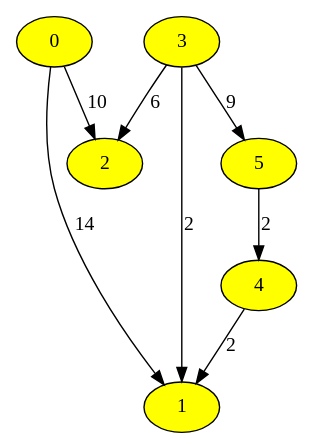
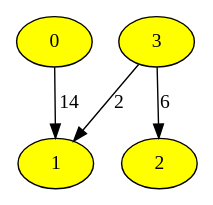
Before and after one commit to kraison/graph-utils: the diagram in data/bipartite.dot, drawn with Graphviz. The commit also changed 1 other file, not shown here.

```diff
--- a/data/bipartite.dot
+++ b/data/bipartite.dot
@@ -1,18 +1,12 @@
 digraph graphutils
 {
   splines=true;
   node [ color = black, fillcolor = white, style = filled ];
   "0" -> "1" [w=14,label=14];
-  "0" -> "2" [w=10,label=10];
   "0" [fillcolor="#ffff00"];
   "1" [fillcolor="#ffff00"];
   "2" [fillcolor="#ffff00"];
   "3" -> "1" [w=2,label=2];
   "3" -> "2" [w=6,label=6];
-  "3" -> "5" [w=9,label=9];
   "3" [fillcolor="#ffff00"];
-  "4" -> "1" [w=2,label=2];
-  "4" [fillcolor="#ffff00"];
-  "5" -> "4" [w=2,label=2];
-  "5" [fillcolor="#ffff00"];
 }
```
